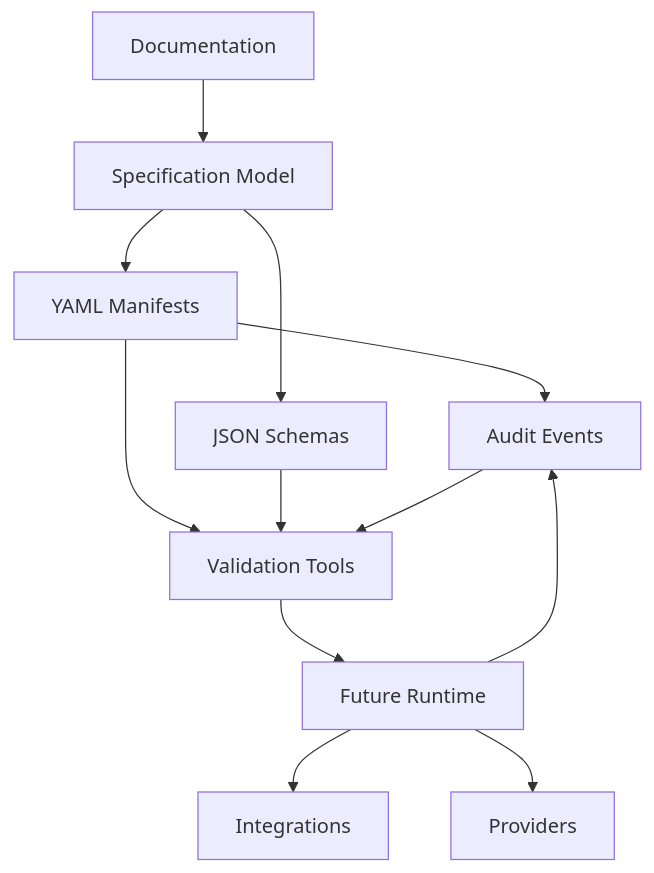
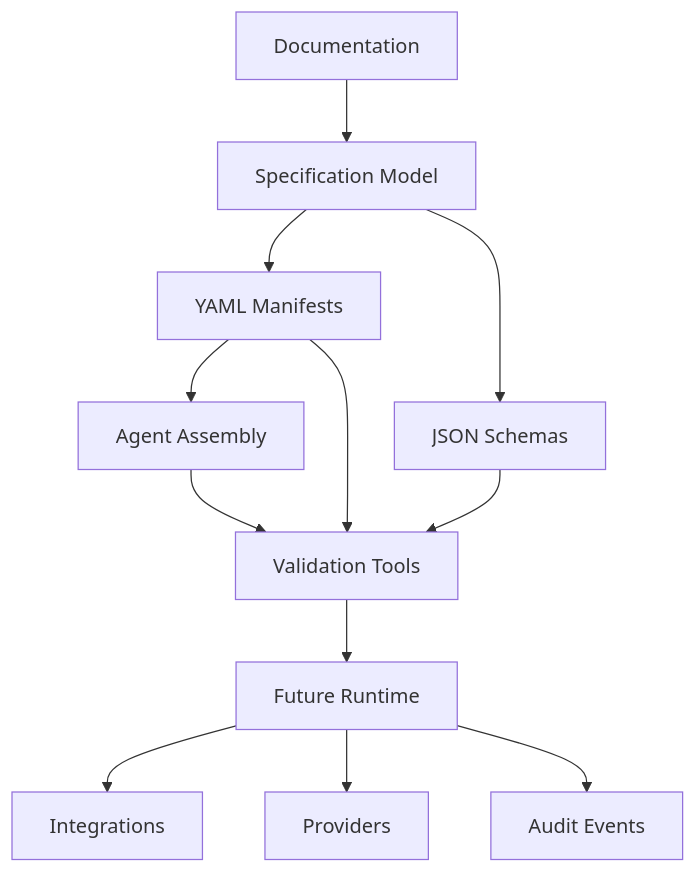
The diagram in docs/architecture.md (iwizy/NexFlow), drawn with Mermaid before and after one commit. The commit also changed other lines of this file and 31 other files, not shown here.

````diff
--- a/docs/architecture.md
+++ b/docs/architecture.md
@@ -7,14 +7,14 @@
 ```mermaid
 flowchart TD
   D["Documentation"] --> S["Specification Model"]
   S --> M["YAML Manifests"]
   S --> J["JSON Schemas"]
-  M --> A["Agent Assembly"]
+  M --> AS["Agent Assembly"]
   M --> V["Validation Tools"]
   J --> V
-  A --> V
+  AS --> V
   V --> R["Future Runtime"]
   R --> I["Integrations"]
   R --> P["Providers"]
-  R --> A["Audit Events"]
+  R --> AE["Audit Events"]
 ```
````
